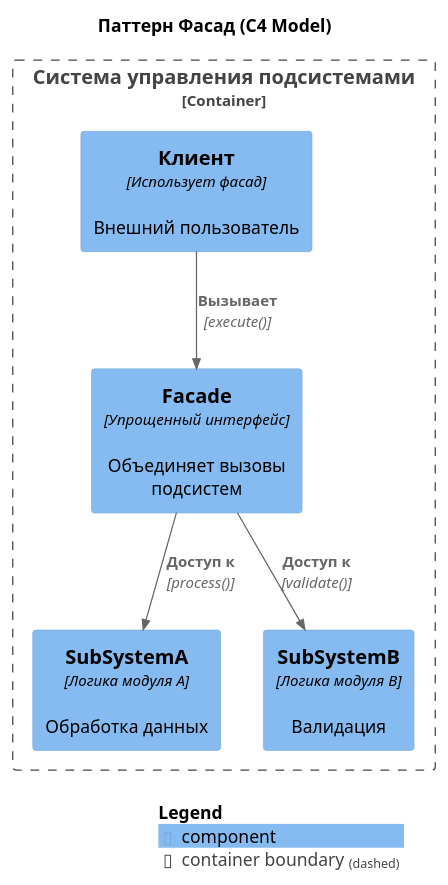
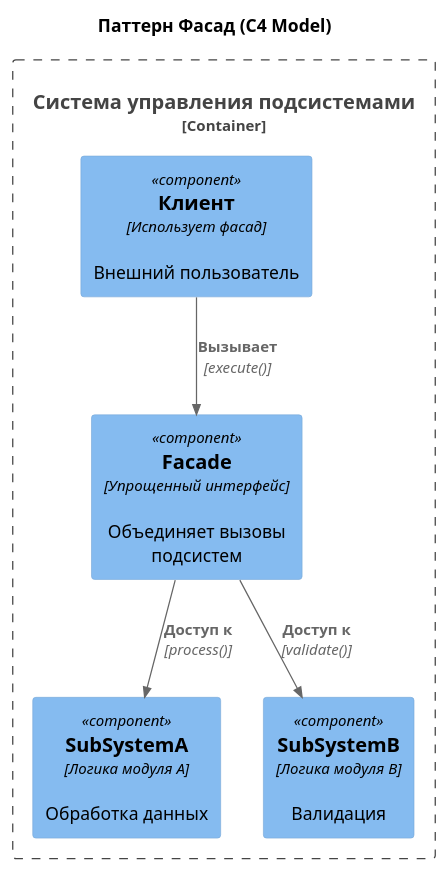
One commit to Yhooi2/study changed the diagram in UML/UML/GOF/Structural/Facade_C4.puml. Above: the diagram before and after it, drawn with PlantUML. The commit also changed 35 other files, not shown here.

```diff
--- a/UML/UML/GOF/Structural/Facade_C4.puml
+++ b/UML/UML/GOF/Structural/Facade_C4.puml
@@ -1,17 +1,16 @@
 @startuml FacadePatternC4
 !include https://raw.githubusercontent.com/plantuml-stdlib/C4-PlantUML/master/C4_Component.puml
 
 title Паттерн Фасад (C4 Model)
 
 Container_Boundary(facade_system, "Система управления подсистемами") {
     Component(client, "Клиент", "Использует фасад", "Внешний пользователь")
     Component(facade, "Facade", "Упрощенный интерфейс", "Объединяет вызовы подсистем")
     Component(subsystemA, "SubSystemA", "Логика модуля A", "Обработка данных")
     Component(subsystemB, "SubSystemB", "Логика модуля B", "Валидация")
 }
 
 Rel(client, facade, "Вызывает", "execute()")
 Rel(facade, subsystemA, "Доступ к", "process()")
 Rel(facade, subsystemB, "Доступ к", "validate()")
-SHOW_LEGEND()
 @enduml
```
